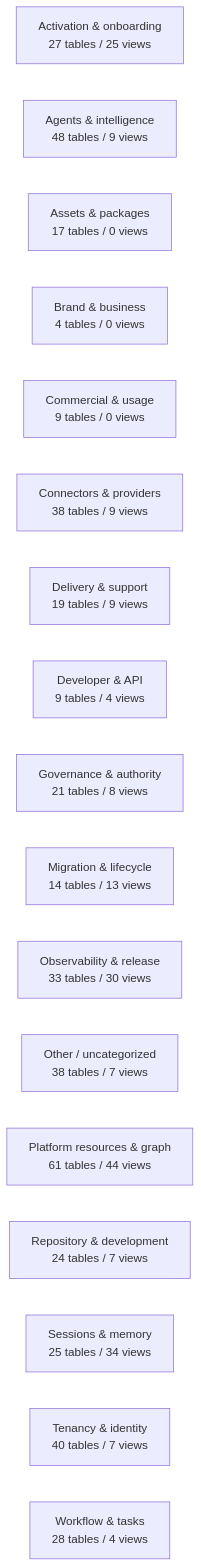
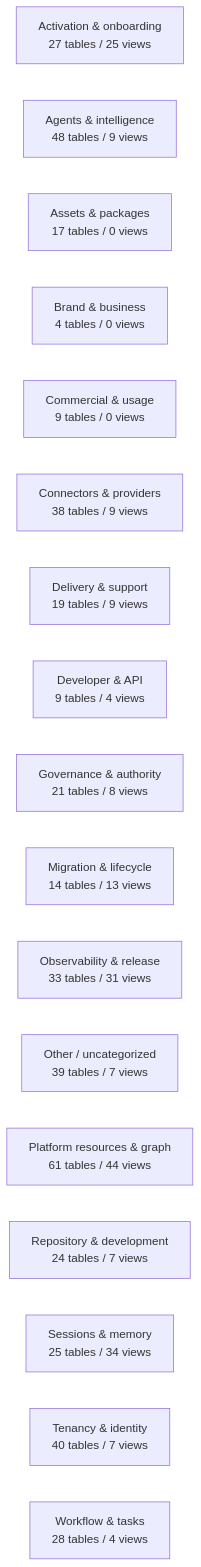
One commit to mad4bdigital-ai/multi-business-multi-role-growth-intelligence-os changed the diagram in docs/work-maps/data-model-domain-map.md. Above: the diagram before and after it, drawn with Mermaid. The commit also changed other lines of this file and 5 other files, not shown here.

````diff
--- a/docs/work-maps/data-model-domain-map.md
+++ b/docs/work-maps/data-model-domain-map.md
@@ -9,20 +9,20 @@
 ```mermaid
 flowchart LR
   n_Activation___onboarding["Activation & onboarding<br/>27 tables / 25 views"]
   n_Agents___intelligence["Agents & intelligence<br/>48 tables / 9 views"]
   n_Assets___packages["Assets & packages<br/>17 tables / 0 views"]
   n_Brand___business["Brand & business<br/>4 tables / 0 views"]
   n_Commercial___usage["Commercial & usage<br/>9 tables / 0 views"]
   n_Connectors___providers["Connectors & providers<br/>38 tables / 9 views"]
   n_Delivery___support["Delivery & support<br/>19 tables / 9 views"]
   n_Developer___API["Developer & API<br/>9 tables / 4 views"]
   n_Governance___authority["Governance & authority<br/>21 tables / 8 views"]
   n_Migration___lifecycle["Migration & lifecycle<br/>14 tables / 13 views"]
-  n_Observability___release["Observability & release<br/>33 tables / 30 views"]
-  n_Other___uncategorized["Other / uncategorized<br/>38 tables / 7 views"]
+  n_Observability___release["Observability & release<br/>33 tables / 31 views"]
+  n_Other___uncategorized["Other / uncategorized<br/>39 tables / 7 views"]
   n_Platform_resources___graph["Platform resources & graph<br/>61 tables / 44 views"]
   n_Repository___development["Repository & development<br/>24 tables / 7 views"]
   n_Sessions___memory["Sessions & memory<br/>25 tables / 34 views"]
   n_Tenancy___identity["Tenancy & identity<br/>40 tables / 7 views"]
   n_Workflow___tasks["Workflow & tasks<br/>28 tables / 4 views"]
 ```
````
